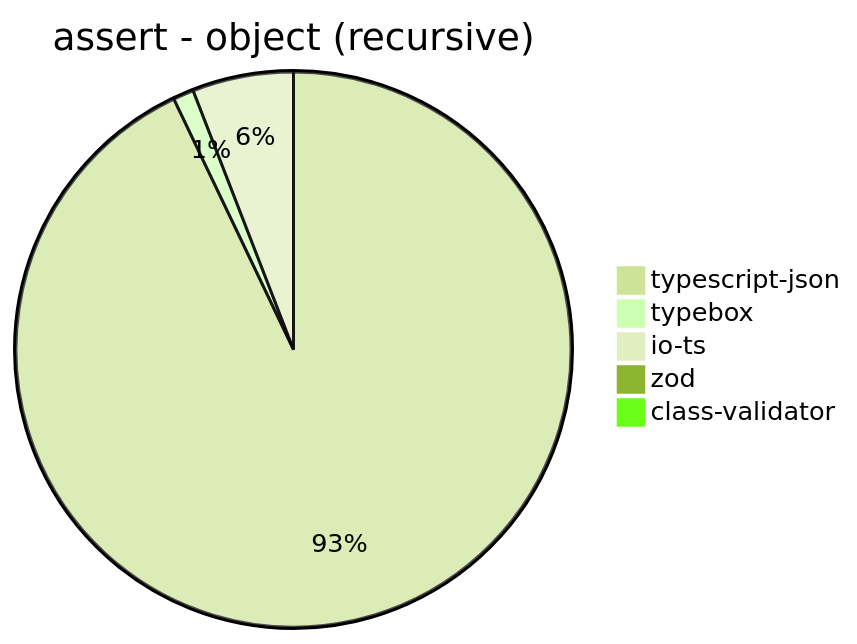
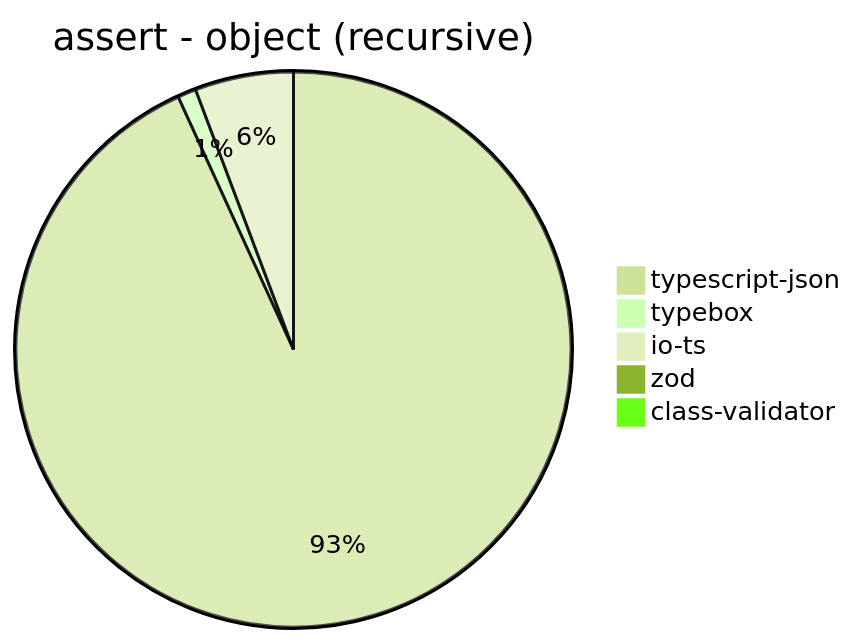
Before and after one commit to samchon/typia: the tenth of 38 diagrams in benchmark/results/11th Gen Intel(R) Core(TM) i5-1135G7 @ 2.40GHz.md, drawn with Mermaid (forest theme). The commit also changed other lines of this file and 364 other files, not shown here.

````diff
--- a/benchmark/results/11th Gen Intel(R) Core(TM) i5-1135G7 @ 2.40GHz.md
+++ b/benchmark/results/11th Gen Intel(R) Core(TM) i5-1135G7 @ 2.40GHz.md
@@ -136,8 +136,8 @@
 ```mermaid
 pie title assert - object (recursive)
-  "typescript-json": 25638.297872340423
-  "typebox": 332.7868852459016
-  "io-ts": 1624.0117668689097
-  "zod": 70.26233718583747
-  "class-validator": 38.97303287772442
+  "typescript-json": 26732.214520248082
+  "typebox": 308.45044716189085
+  "io-ts": 1645.8371963656593
+  "zod": 73.53217032451697
+  "class-validator": 40.299906279287725
 ```
````
